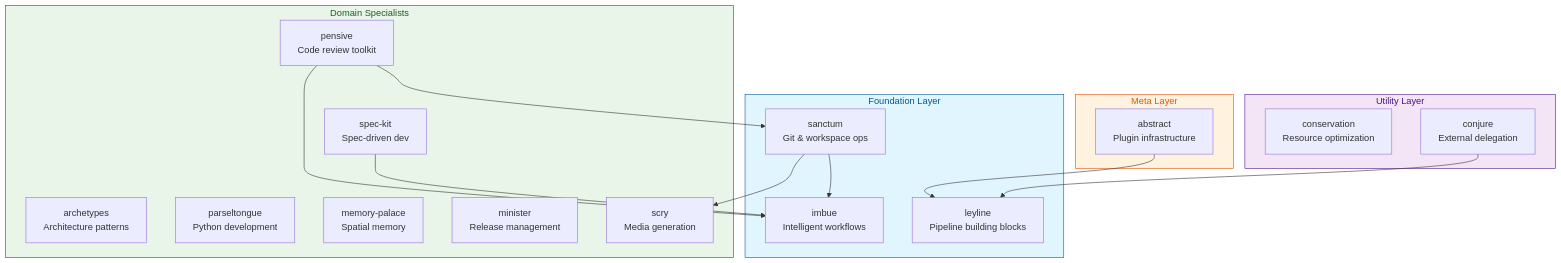
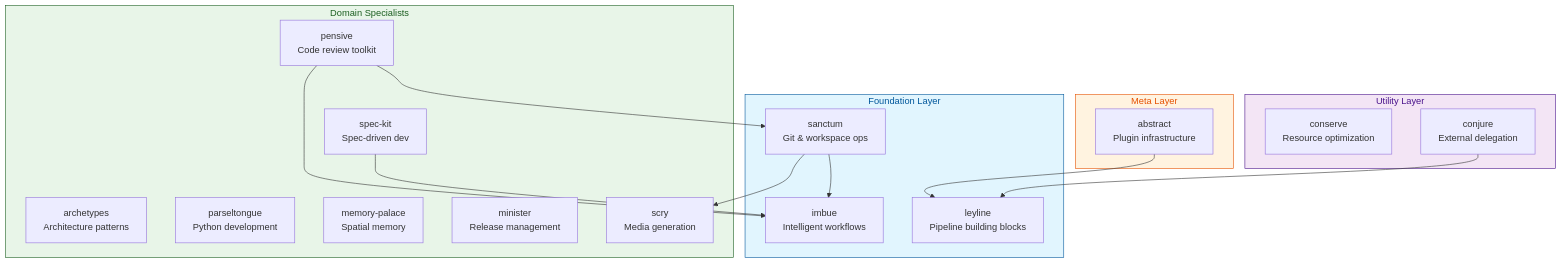
One commit to athola/claude-night-market changed the diagram in README.md. Above: the diagram before and after it, drawn with Mermaid. The commit also changed other lines of this file and 194 other files, not shown here.

````diff
--- a/README.md
+++ b/README.md
@@ -351,40 +351,40 @@
 ```mermaid
 graph TB
     subgraph Meta[Meta Layer]
         abstract[abstract<br/>Plugin infrastructure]
     end
 
     subgraph Foundation[Foundation Layer]
         imbue[imbue<br/>Intelligent workflows]
         sanctum[sanctum<br/>Git & workspace ops]
         leyline[leyline<br/>Pipeline building blocks]
     end
 
     subgraph Utility[Utility Layer]
-        conservation[conservation<br/>Resource optimization]
+        conserve[conserve<br/>Resource optimization]
         conjure[conjure<br/>External delegation]
     end
 
     subgraph Domain[Domain Specialists]
         archetypes[archetypes<br/>Architecture patterns]
         pensive[pensive<br/>Code review toolkit]
         parseltongue[parseltongue<br/>Python development]
         memory_palace[memory-palace<br/>Spatial memory]
         spec_kit[spec-kit<br/>Spec-driven dev]
         minister[minister<br/>Release management]
         scry[scry<br/>Media generation]
     end
 
     abstract --> leyline
     pensive --> imbue
     pensive --> sanctum
     sanctum --> imbue
     sanctum --> scry
     conjure --> leyline
     spec_kit --> imbue
 
     style Meta fill:#fff3e0,stroke:#e65100,color:#e65100
     style Foundation fill:#e1f5fe,stroke:#01579b,color:#01579b
     style Utility fill:#f3e5f5,stroke:#4a148c,color:#4a148c
     style Domain fill:#e8f5e8,stroke:#1b5e20,color:#1b5e20
 ```
````
